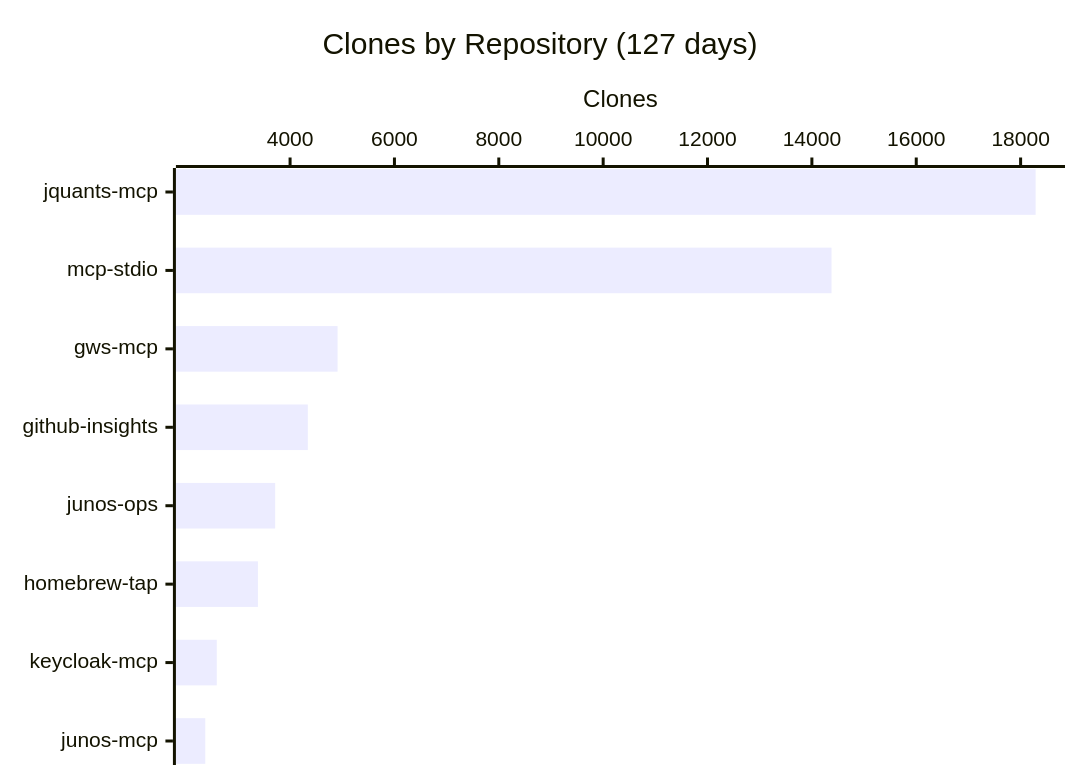
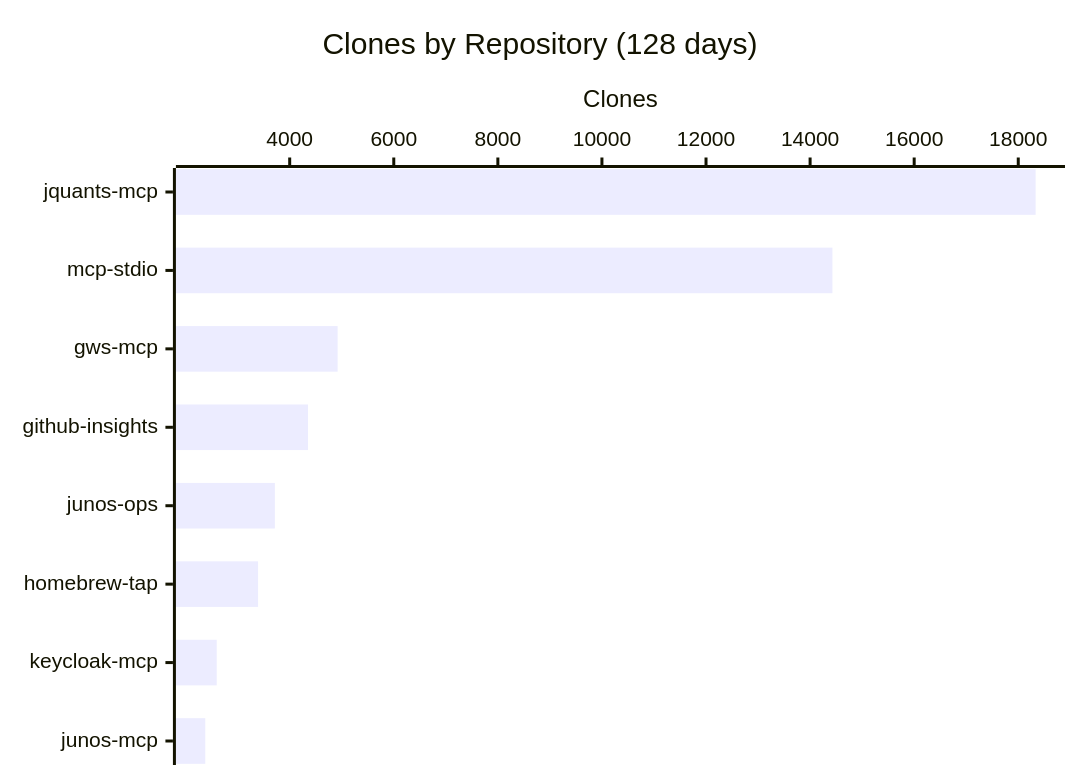
Before and after one commit to shigechika/github-insights: the fourth of 4 diagrams in README.md, drawn with Mermaid. The commit also changed other lines of this file and 2 other files, not shown here.

````diff
--- a/README.md
+++ b/README.md
@@ -58,7 +58,7 @@
 ```mermaid
 xychart-beta horizontal
-    title "Clones by Repository (127 days)"
+    title "Clones by Repository (128 days)"
     x-axis ["jquants-mcp", "mcp-stdio", "gws-mcp", "github-insights", "junos-ops", "homebrew-tap", "keycloak-mcp", "junos-mcp"]
     y-axis "Clones"
-    bar [18288, 14376, 4910, 4340, 3714, 3384, 2595, 2375]
+    bar [18334, 14429, 4921, 4352, 3715, 3392, 2598, 2378]
 ```
````
